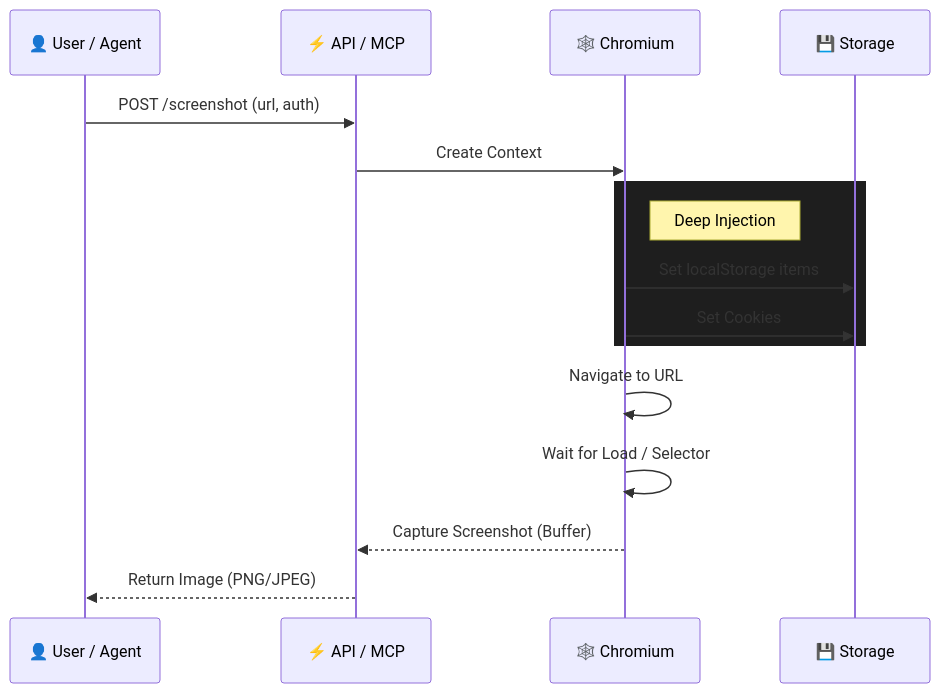
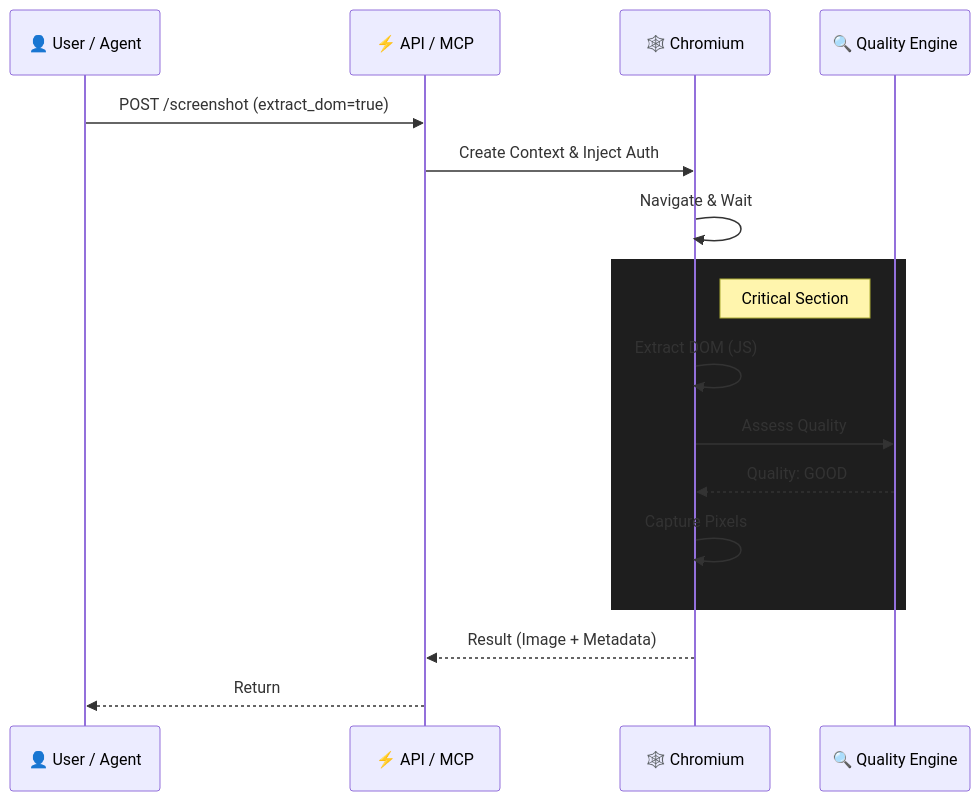
Before and after one commit to samestrin/chromium-screenshots: the diagram in README.md, drawn with Mermaid. The commit also changed other lines of this file and 4 other files, not shown here.

````diff
--- a/README.md
+++ b/README.md
@@ -156,21 +139,22 @@
 ```mermaid
 sequenceDiagram
     participant U as 👤 User / Agent
     participant A as ⚡ API / MCP
     participant B as 🕸️ Chromium
-    participant S as 💾 Storage
+    participant Q as 🔍 Quality Engine
 
-    U->>A: POST /screenshot (url, auth)
-    A->>B: Create Context
+    U->>A: POST /screenshot (extract_dom=true)
+    A->>B: Create Context & Inject Auth
+    B->>B: Navigate & Wait
     
     rect rgb(30, 30, 30)
-        note right of B: Deep Injection
-        B->>S: Set localStorage items
-        B->>S: Set Cookies
+        note right of B: Critical Section
+        B->>B: Extract DOM (JS)
+        B->>Q: Assess Quality
+        Q-->>B: Quality: GOOD
+        B->>B: Capture Pixels
     end
     
-    B->>B: Navigate to URL
-    B->>B: Wait for Load / Selector
-    B-->>A: Capture Screenshot (Buffer)
-    A-->>U: Return Image (PNG/JPEG)
+    B-->>A: Result (Image + Metadata)
+    A-->>U: Return
 ```
````
